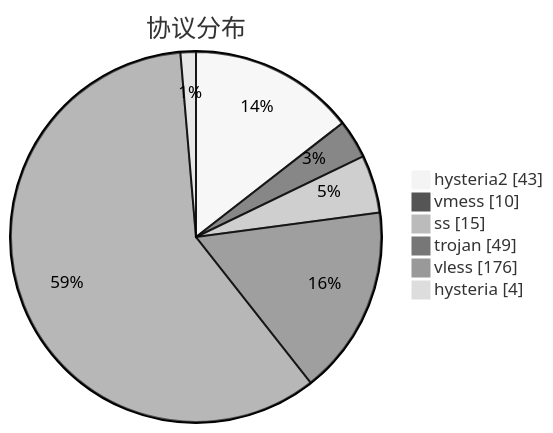
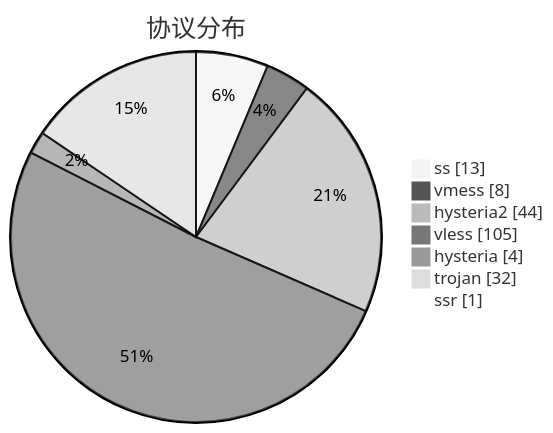
One commit to sinspired/airport changed the third of 3 diagrams in subs/statistics/tested_within.md. Above: the diagram before and after it, drawn with Mermaid (neutral theme). The commit also changed other lines of this file and 2 other files, not shown here.

````diff
--- a/subs/statistics/tested_within.md
+++ b/subs/statistics/tested_within.md
@@ -35,10 +36,11 @@
 ```mermaid
 pie showData
 title 协议分布
-"hysteria2" : 43
-"vmess" : 10
-"ss" : 15
-"trojan" : 49
-"vless" : 176
+"ss" : 13
+"vmess" : 8
+"hysteria2" : 44
+"vless" : 105
 "hysteria" : 4
+"trojan" : 32
+"ssr" : 1
 ```
````
